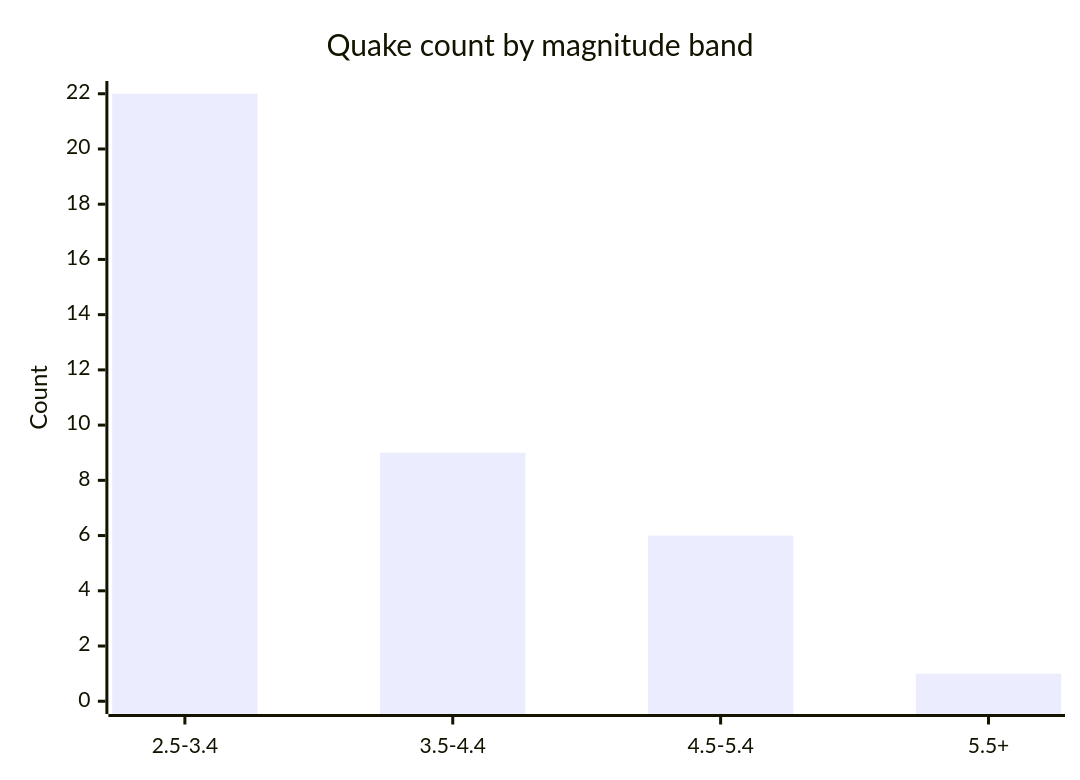
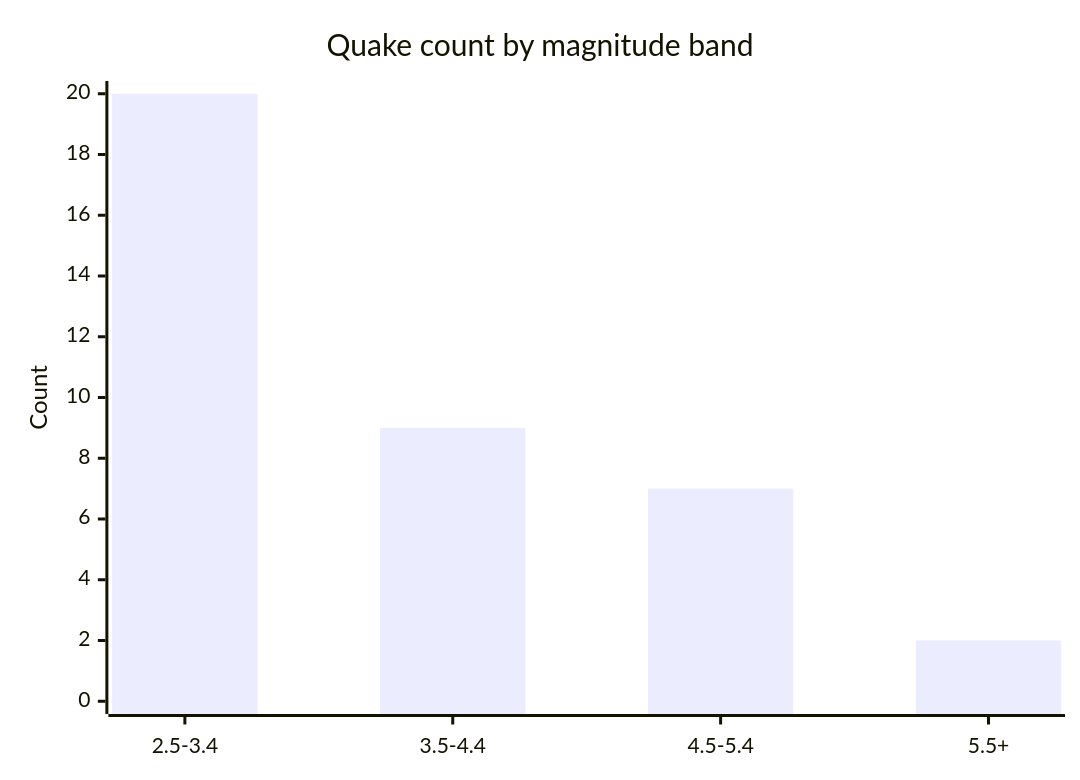
One commit to Midwest-Stratospheric/aerostratospheric-defense-gir changed the fifth of 6 diagrams in docs/GRAPHS.md. Above: the diagram before and after it, drawn with Mermaid. The commit also changed other lines of this file and 23 other files, not shown here.

````diff
--- a/docs/GRAPHS.md
+++ b/docs/GRAPHS.md
@@ -82,7 +82,7 @@
 ```mermaid
 xychart-beta
   title "Quake count by magnitude band"
   x-axis ["2.5-3.4", "3.5-4.4", "4.5-5.4", "5.5+"]
-  y-axis "Count" 0 --> 22
-  bar [22, 9, 6, 1]
+  y-axis "Count" 0 --> 20
+  bar [20, 9, 7, 2]
 ```
````
